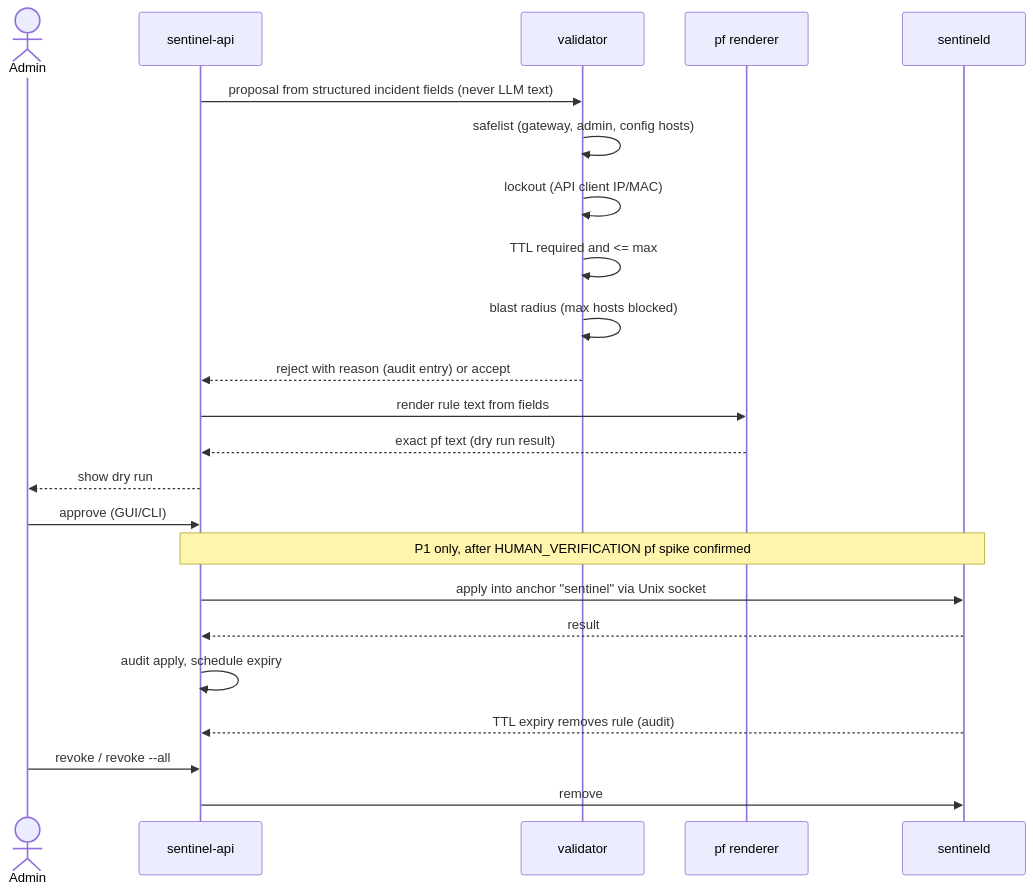
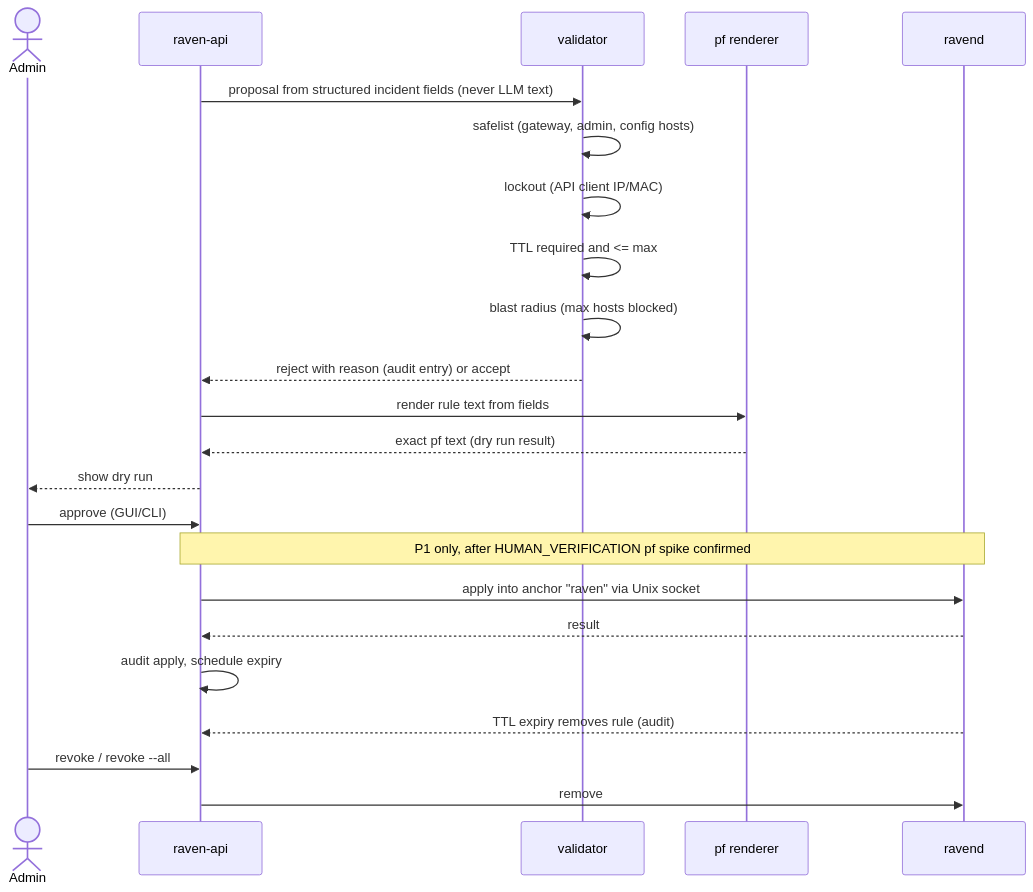
The diagram in docs/diagrams/09-enforcement-approval.mmd (MRX-72/Hackt0b3r), drawn with Mermaid before and after one commit. The commit also changed 156 other files, not shown here.

```diff
--- a/docs/diagrams/09-enforcement-approval.mmd
+++ b/docs/diagrams/09-enforcement-approval.mmd
@@ -1,24 +1,24 @@
 %% 09 Enforcement approval and guards. P0 stops at dry-run; apply is P1 and needs human-confirmed pf spike.
 sequenceDiagram
   actor Admin
-  participant A as sentinel-api
+  participant A as raven-api
   participant V as validator
   participant R as pf renderer
-  participant D as sentineld
+  participant D as ravend
   A->>V: proposal from structured incident fields (never LLM text)
   V->>V: safelist (gateway, admin, config hosts)
   V->>V: lockout (API client IP/MAC)
   V->>V: TTL required and <= max
   V->>V: blast radius (max hosts blocked)
   V-->>A: reject with reason (audit entry) or accept
   A->>R: render rule text from fields
   R-->>A: exact pf text (dry run result)
   A-->>Admin: show dry run
   Admin->>A: approve (GUI/CLI)
   Note over A,D: P1 only, after HUMAN_VERIFICATION pf spike confirmed
-  A->>D: apply into anchor "sentinel" via Unix socket
+  A->>D: apply into anchor "raven" via Unix socket
   D-->>A: result
   A->>A: audit apply, schedule expiry
   D-->>A: TTL expiry removes rule (audit)
   Admin->>A: revoke / revoke --all
   A->>D: remove
```
